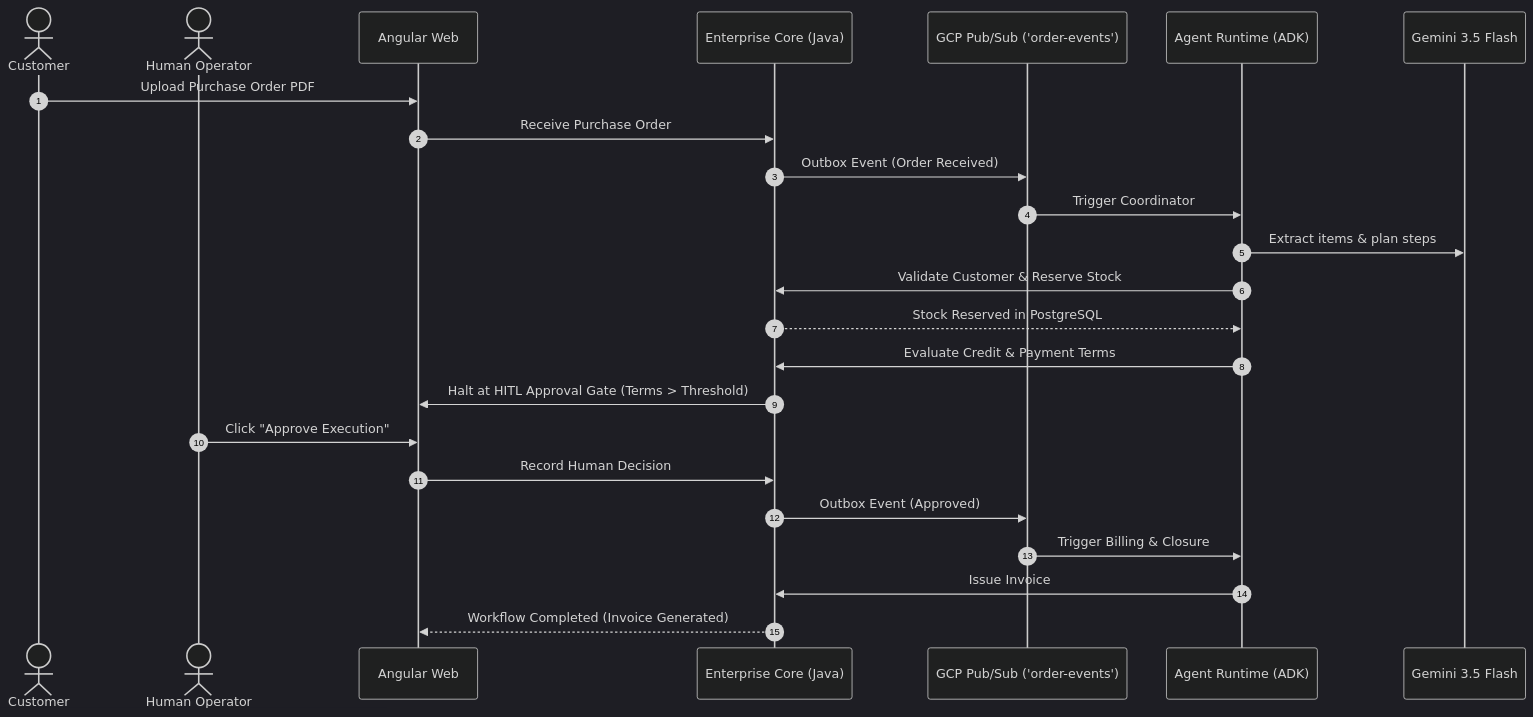
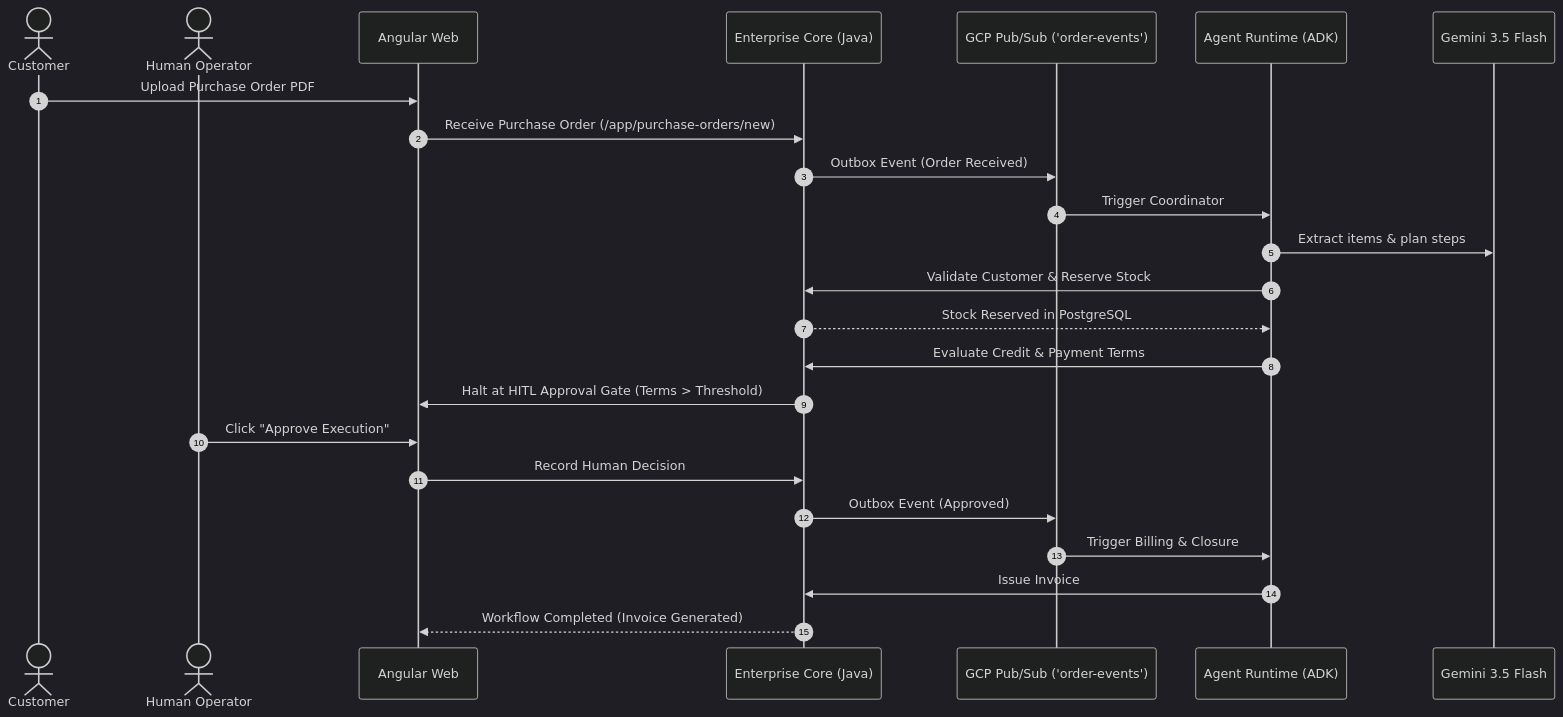
The diagram in docs/PITCH_DECK.md (Riippex/Vextis-ERP), drawn with Mermaid (dark theme) before and after one commit. The commit also changed other lines of this file and 4 other files, not shown here.

Commit message:
docs(submission): align PO generation currency, exact Angular routes, inventory counts, and Live gateway architecture

````diff
--- a/docs/PITCH_DECK.md
+++ b/docs/PITCH_DECK.md
@@ -90,27 +94,27 @@
 ```mermaid
 sequenceDiagram
     autonumber
     actor Customer
     actor Manager as Human Operator
     participant UI as Angular Web
     participant Core as Enterprise Core (Java)
     participant PubSub as GCP Pub/Sub ('order-events')
     participant Runtime as Agent Runtime (ADK)
     participant Gemini as Gemini 3.5 Flash
 
     Customer->>UI: Upload Purchase Order PDF
-    UI->>Core: Receive Purchase Order
+    UI->>Core: Receive Purchase Order (/app/purchase-orders/new)
     Core->>PubSub: Outbox Event (Order Received)
     PubSub->>Runtime: Trigger Coordinator
     Runtime->>Gemini: Extract items & plan steps
     Runtime->>Core: Validate Customer & Reserve Stock
     Core-->>Runtime: Stock Reserved in PostgreSQL
     Runtime->>Core: Evaluate Credit & Payment Terms
     Core->>UI: Halt at HITL Approval Gate (Terms > Threshold)
     Manager->>UI: Click "Approve Execution"
     UI->>Core: Record Human Decision
     Core->>PubSub: Outbox Event (Approved)
     PubSub->>Runtime: Trigger Billing & Closure
     Runtime->>Core: Issue Invoice
     Core-->>UI: Workflow Completed (Invoice Generated)
 ```
````
